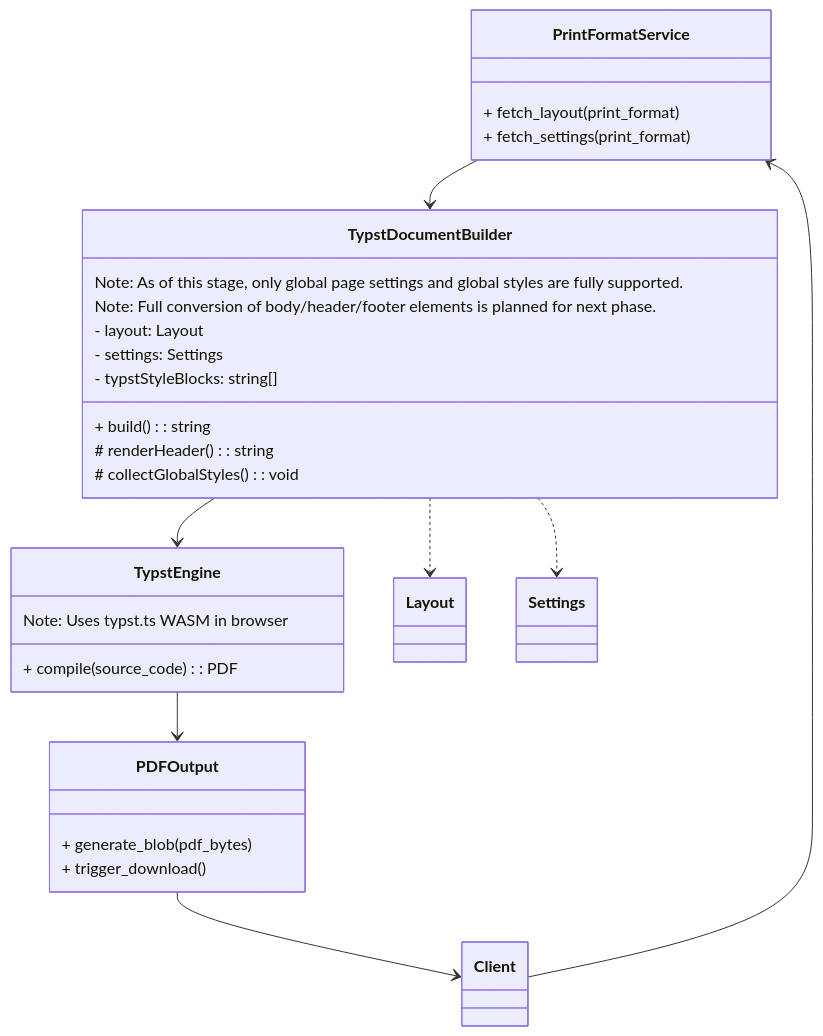
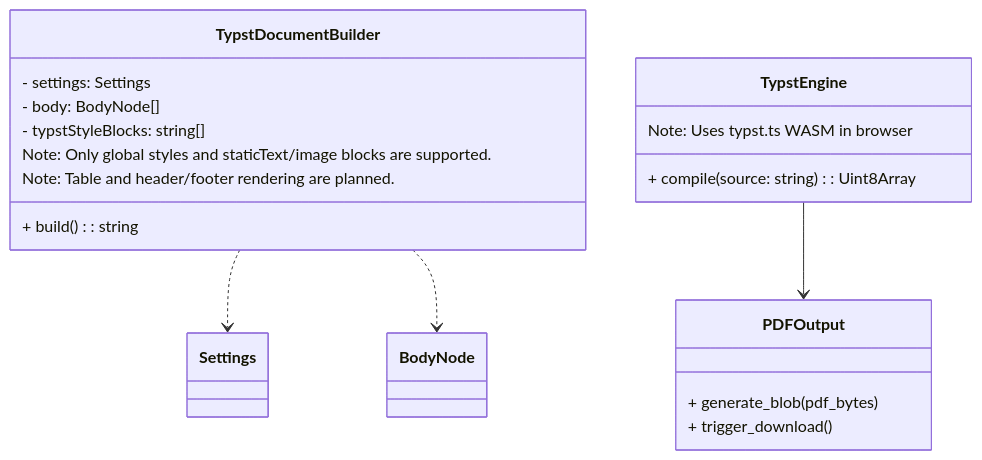
Before and after one commit to frappe/print_designer: the second of 3 diagrams in print_designer/pdf_generator/typst-arch.md, drawn with Mermaid. The commit also changed other lines of this file, not shown here.

Commit message:
Updated architecture

````diff
--- a/print_designer/pdf_generator/typst-arch.md
+++ b/print_designer/pdf_generator/typst-arch.md
@@ -13,40 +13,25 @@
 ```mermaid
 classDiagram
-	class PrintFormatService {
-		+ fetch_layout(print_format)
-		+ fetch_settings(print_format)
-	}
-
 	class TypstDocumentBuilder {
 		+ build(): string
-		Note: As of this stage, only global page settings and global styles are fully supported.
-		Note: Full conversion of body/header/footer elements is planned for next phase.
-		- layout: Layout
 		- settings: Settings
+		- body: BodyNode[]
 		- typstStyleBlocks: string[]
-		# renderHeader(): string
-		# collectGlobalStyles(): void
+		Note: Only global styles and staticText/image blocks are supported.
+		Note: Table and header/footer rendering are planned.
 	}
 
 	class TypstEngine {
-		+ compile(source_code) : PDF
+		+ compile(source: string): Uint8Array
 		Note: Uses typst.ts WASM in browser
 	}
 
 	class PDFOutput {
 		+ generate_blob(pdf_bytes)
 		+ trigger_download()
 	}
 
-	%% Show dependencies with utility functions and types
-	TypstDocumentBuilder ..> Layout
 	TypstDocumentBuilder ..> Settings
-
-	%% You cannot reference method/function names as nodes in Github-flavored Mermaid
-
-	Client --> PrintFormatService
-	PrintFormatService --> TypstDocumentBuilder
-	TypstDocumentBuilder --> TypstEngine
+	TypstDocumentBuilder ..> BodyNode
 	TypstEngine --> PDFOutput
-	PDFOutput --> Client
 ```
````
